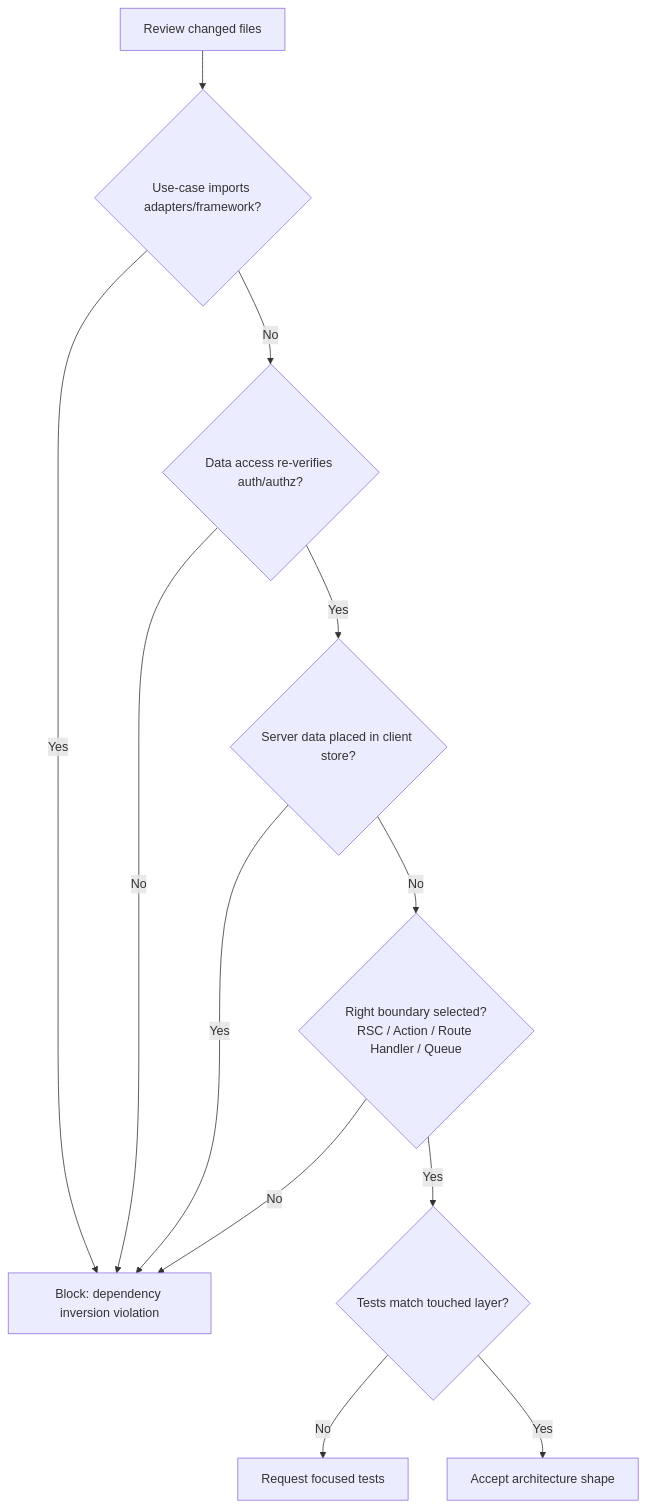
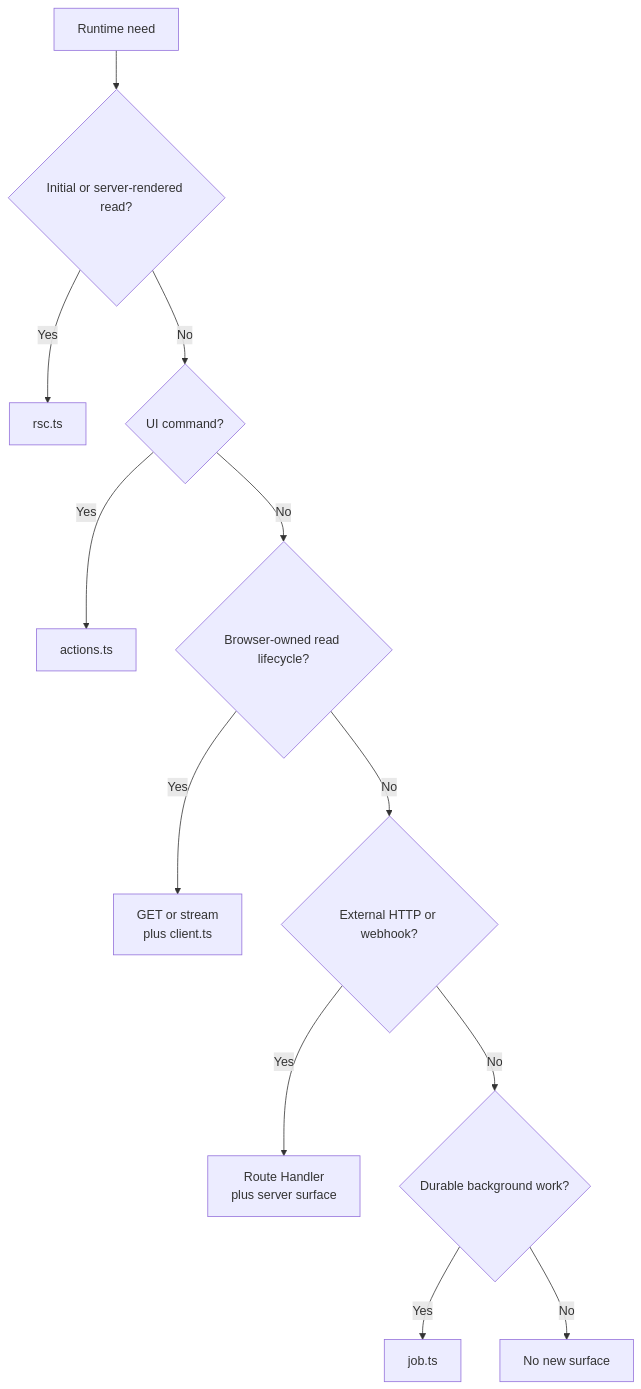
Before and after one commit to clicktronix/nextjs-clean-skills: the fourth of 6 diagrams in docs/agent-decision-maps.md, drawn with Mermaid. The commit also changed other lines of this file and 1394 other files, not shown here.

Commit message:
Adopt capability-first architecture (#11)

````diff
--- a/docs/agent-decision-maps.md
+++ b/docs/agent-decision-maps.md
@@ -68,14 +98,29 @@
 ```mermaid
-flowchart TD
-  Start["Review changed files"] --> Imports{"Use-case imports adapters/framework?"}
-  Imports -->|Yes| Block["Block: dependency inversion violation"]
-  Imports -->|No| Auth{"Data access re-verifies auth/authz?"}
-  Auth -->|No| Block
-  Auth -->|Yes| ServerData{"Server data placed in client store?"}
-  ServerData -->|Yes| Block
-  ServerData -->|No| Boundary{"Right boundary selected?\nRSC / Action / Route Handler / Queue"}
-  Boundary -->|No| Block
-  Boundary -->|Yes| Tests{"Tests match touched layer?"}
-  Tests -->|No| RequestTests["Request focused tests"]
-  Tests -->|Yes| Accept["Accept architecture shape"]
+flowchart TB
+  accTitle: Choose a runtime surface
+  accDescr: Select the surface from the caller and lifecycle rather than forcing every channel through one wrapper.
+  Need["Runtime need"]
+  Render{"Initial or server-rendered read?"}
+  Rsc["rsc.ts"]
+  Command{"UI command?"}
+  Action["actions.ts"]
+  Browser{"Browser-owned read lifecycle?"}
+  Client["GET or stream<br/>plus client.ts"]
+  External{"External HTTP or webhook?"}
+  Http["Route Handler<br/>plus server surface"]
+  Durable{"Durable background work?"}
+  Job["job.ts"]
+  Stop["No new surface"]
+
+  Need --> Render
+  Render -->|Yes| Rsc
+  Render -->|No| Command
+  Command -->|Yes| Action
+  Command -->|No| Browser
+  Browser -->|Yes| Client
+  Browser -->|No| External
+  External -->|Yes| Http
+  External -->|No| Durable
+  Durable -->|Yes| Job
+  Durable -->|No| Stop
 ```
````
